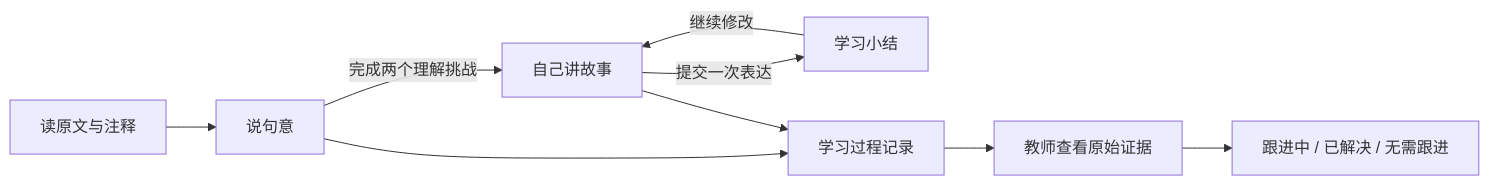
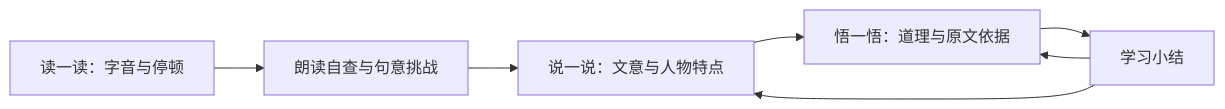
The diagram in docs/智能体设计.md (Wanderer09/inkverse-odyssey), drawn with Mermaid before and after one commit. The commit also changed other lines of this file and 15 other files, not shown here.

````diff
--- a/docs/智能体设计.md
+++ b/docs/智能体设计.md
@@ -13,11 +7,9 @@
 ```mermaid
 flowchart LR
-    A[读原文与注释] --> B[说句意]
-    B -->|完成两个理解挑战| C[自己讲故事]
-    C -->|提交一次表达| D[学习小结]
-    D -->|继续修改| C
-    B --> E[学习过程记录]
-    C --> E
-    E --> F[教师查看原始证据]
-    F --> G[跟进中 / 已解决 / 无需跟进]
+    A[读一读：字音与停顿] --> B[朗读自查与句意挑战]
+    B --> C[说一说：文意与人物特点]
+    C --> D[悟一悟：道理与原文依据]
+    D --> E[学习小结]
+    E --> C
+    E --> D
 ```
````
